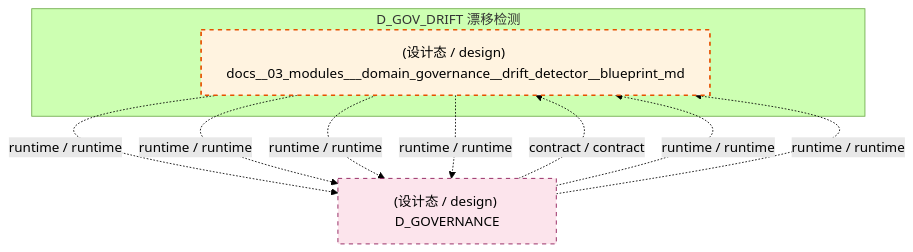
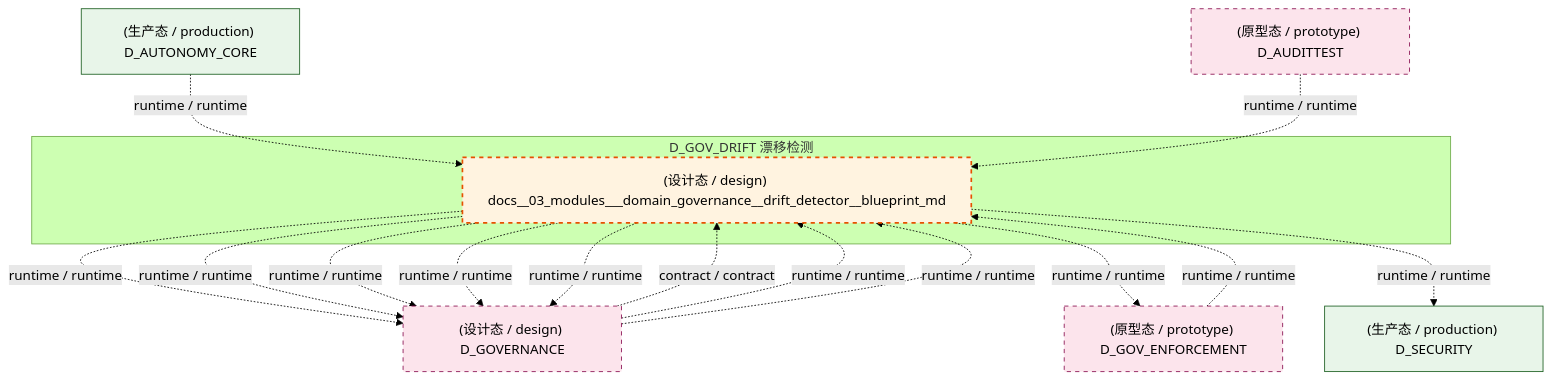
Before and after one commit to xuanFelixVan/ZephyrAlpha: the second of 3 diagrams in docs/02_enterprise_architecture/02_domain_architecture_docs/34_d_gov_drift.md, drawn with Mermaid (forest theme). The commit also changed other lines of this file and 100 other files, not shown here.

````diff
--- a/docs/02_enterprise_architecture/02_domain_architecture_docs/34_d_gov_drift.md
+++ b/docs/02_enterprise_architecture/02_domain_architecture_docs/34_d_gov_drift.md
@@ -95,20 +106,31 @@
 ```mermaid
 graph TD
     subgraph D_GOV_DRIFT["D_GOV_DRIFT 漂移检测"]
         docs_03_modules_domain_governance_drift_detector_blueprint_md["(设计态 / design) docs__03_modules___domain_governance__drift_detector__blueprint_md"]
     end
     D_GOVERNANCE["(设计态 / design) D_GOVERNANCE"]
     docs_03_modules_domain_governance_drift_detector_blueprint_md -.->|runtime / runtime| D_GOVERNANCE
     docs_03_modules_domain_governance_drift_detector_blueprint_md -.->|runtime / runtime| D_GOVERNANCE
+    D_GOV_ENFORCEMENT["(原型态 / prototype) D_GOV_ENFORCEMENT"]
+    docs_03_modules_domain_governance_drift_detector_blueprint_md -.->|runtime / runtime| D_GOV_ENFORCEMENT
+    D_SECURITY["(生产态 / production) D_SECURITY"]
+    docs_03_modules_domain_governance_drift_detector_blueprint_md -.->|runtime / runtime| D_SECURITY
+    docs_03_modules_domain_governance_drift_detector_blueprint_md -.->|runtime / runtime| D_GOVERNANCE
     docs_03_modules_domain_governance_drift_detector_blueprint_md -.->|runtime / runtime| D_GOVERNANCE
     docs_03_modules_domain_governance_drift_detector_blueprint_md -.->|runtime / runtime| D_GOVERNANCE
     D_GOVERNANCE -.->|contract / contract| docs_03_modules_domain_governance_drift_detector_blueprint_md
+    D_GOV_ENFORCEMENT -.->|runtime / runtime| docs_03_modules_domain_governance_drift_detector_blueprint_md
     D_GOVERNANCE -.->|runtime / runtime| docs_03_modules_domain_governance_drift_detector_blueprint_md
     D_GOVERNANCE -.->|runtime / runtime| docs_03_modules_domain_governance_drift_detector_blueprint_md
+    D_AUTONOMY_CORE["(生产态 / production) D_AUTONOMY_CORE"]
+    D_AUTONOMY_CORE -.->|runtime / runtime| docs_03_modules_domain_governance_drift_detector_blueprint_md
+    D_AUDITTEST["(原型态 / prototype) D_AUDITTEST"]
+    D_AUDITTEST -.->|runtime / runtime| docs_03_modules_domain_governance_drift_detector_blueprint_md
     classDef production fill:#e1f5fe,stroke:#01579b,stroke-width:2px,color:#000
     classDef design fill:#fff3e0,stroke:#e65100,stroke-width:2px,color:#000,stroke-dasharray: 5 5
     classDef external_prod fill:#e8f5e9,stroke:#1b5e20,stroke-width:1px,color:#000
     classDef external_design fill:#fce4ec,stroke:#880e4f,stroke-width:1px,color:#000,stroke-dasharray: 5 5
     class docs_03_modules_domain_governance_drift_detector_blueprint_md design
-    class D_GOVERNANCE external_design
+    class D_SECURITY,D_AUTONOMY_CORE external_prod
+    class D_GOVERNANCE,D_GOV_ENFORCEMENT,D_AUDITTEST external_design
 ```
````
